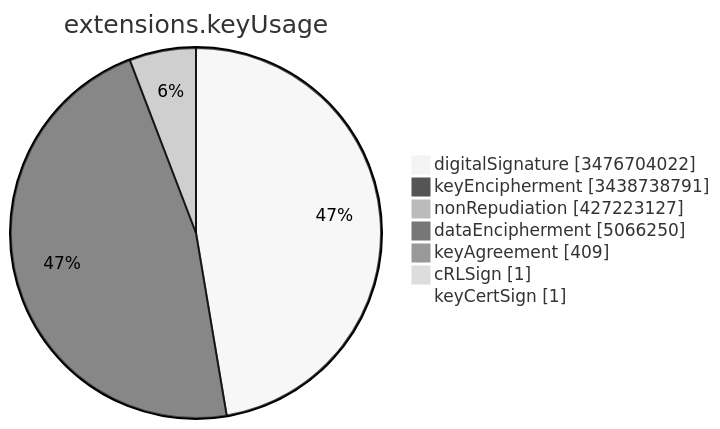
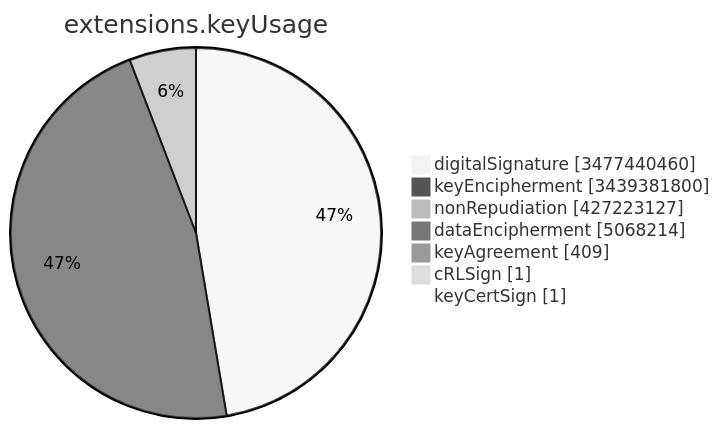
Before and after one commit to christiankrug/ctmonitor_visualization: the sixth of 15 diagrams in TOTAL/README.md, drawn with Mermaid (neutral theme). The commit also changed other lines of this file, not shown here.

````diff
--- a/TOTAL/README.md
+++ b/TOTAL/README.md
@@ -3082,11 +3082,11 @@
 ```mermaid
 pie showData
 title extensions.keyUsage
-"digitalSignature" :3476704022
-"keyEncipherment" :3438738791
+"digitalSignature" :3477440460
+"keyEncipherment" :3439381800
 "nonRepudiation" :427223127
-"dataEncipherment" :5066250
+"dataEncipherment" :5068214
 "keyAgreement" :409
 "cRLSign" :1
 "keyCertSign" :1
 ```
````
